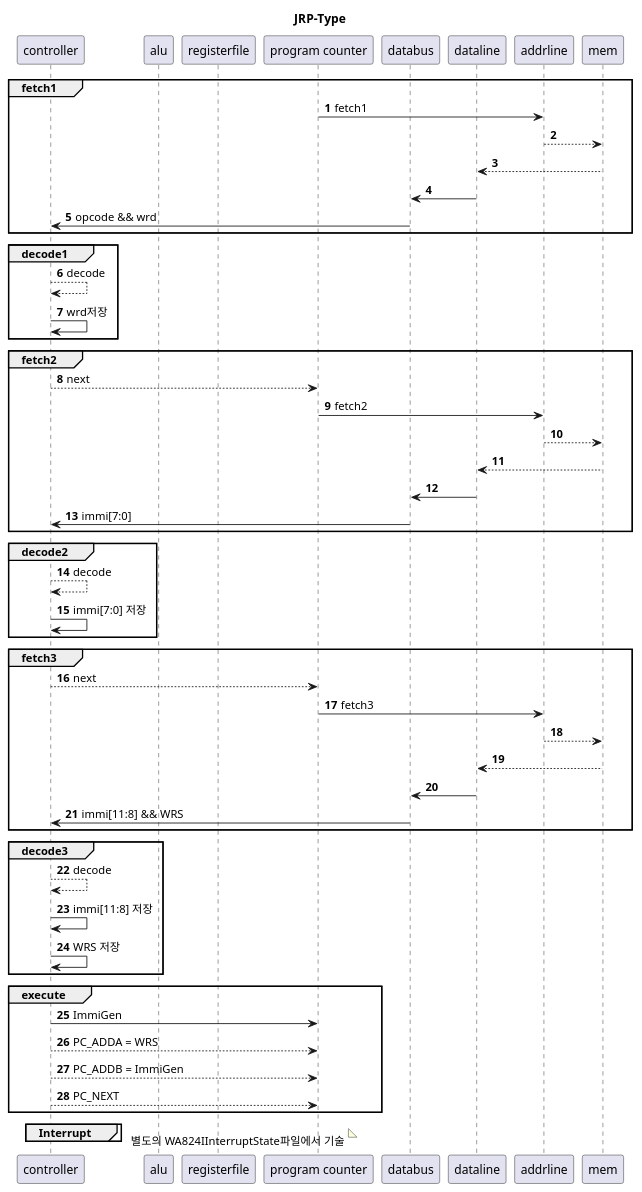
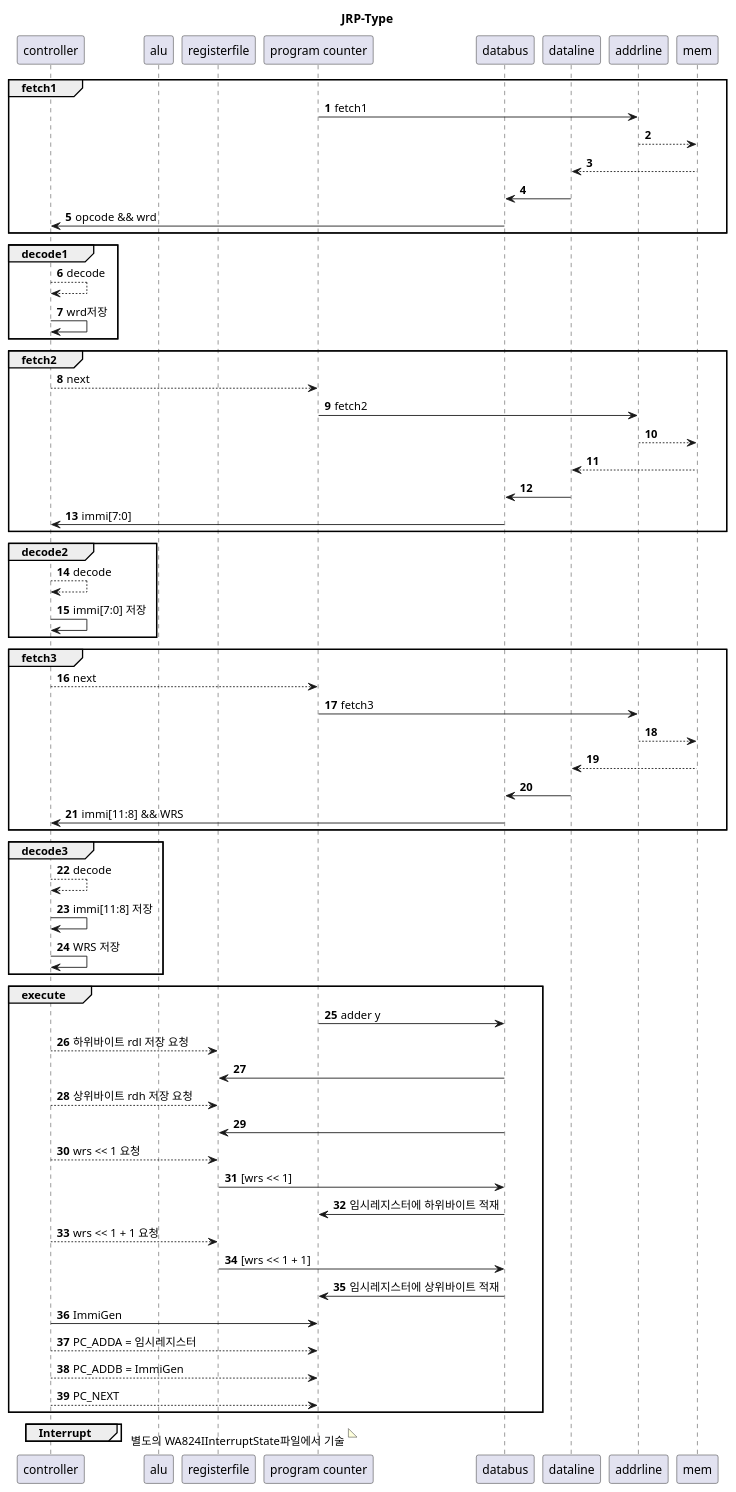
One commit to BeomjunKim-3p/wach changed the diagram in wa824/docs/core/I/WA824IJRPTypeFlow.puml. Above: the diagram before and after it, drawn with PlantUML. The commit also changed 6 other files, not shown here.

Commit message:
Docs: fix control flow

```diff
--- a/wa824/docs/core/I/WA824IJRPTypeFlow.puml
+++ b/wa824/docs/core/I/WA824IJRPTypeFlow.puml
@@ -1,65 +1,76 @@
 @startuml
 title JRP-Type
 autonumber
 participant controller         as ct
 participant alu                as al
 participant registerfile       as rf
 participant "program counter"  as pc
 participant databus            as db
 participant dataline           as dl
 participant addrline           as adl
 participant mem                as me
 
 group fetch1
   pc -> adl : fetch1
   adl --> me
   me --> dl
   dl -> db
   db -> ct : opcode && wrd
 end
 
 group decode1
   ct --> ct : decode
   ct -> ct : wrd저장
 end
 
 group fetch2
   ct --> pc : next
   pc -> adl : fetch2
   adl --> me
   me --> dl
   dl -> db
   db -> ct : immi[7:0]
 end
 
 group decode2
   ct --> ct : decode
   ct -> ct : immi[7:0] 저장
 end
 
 group fetch3
   ct --> pc : next
   pc -> adl : fetch3
   adl --> me
   me --> dl
   dl -> db
   db -> ct : immi[11:8] && WRS
 end
 
 group decode3
   ct --> ct : decode
   ct -> ct : immi[11:8] 저장
   ct -> ct : WRS 저장
 end
 
 group execute
+  pc -> db : adder y
+  ct --> rf : 하위바이트 rdl 저장 요청
+  db -> rf
+  ct --> rf : 상위바이트 rdh 저장 요청
+  db -> rf
+  ct --> rf : wrs << 1 요청
+  rf -> db : [wrs << 1]
+  db -> pc : 임시레지스터에 하위바이트 적재
+  ct --> rf : wrs << 1 + 1 요청
+  rf -> db : [wrs << 1 + 1]
+  db -> pc : 임시레지스터에 상위바이트 적재
   ct -> pc : ImmiGen
-  ct --> pc : PC_ADDA = WRS
+  ct --> pc : PC_ADDA = 임시레지스터
   ct --> pc : PC_ADDB = ImmiGen
   ct --> pc : PC_NEXT
 end
 
 group Interrupt
 end
 note right: 별도의 WA824IInterruptState파일에서 기술
 @enduml
```
